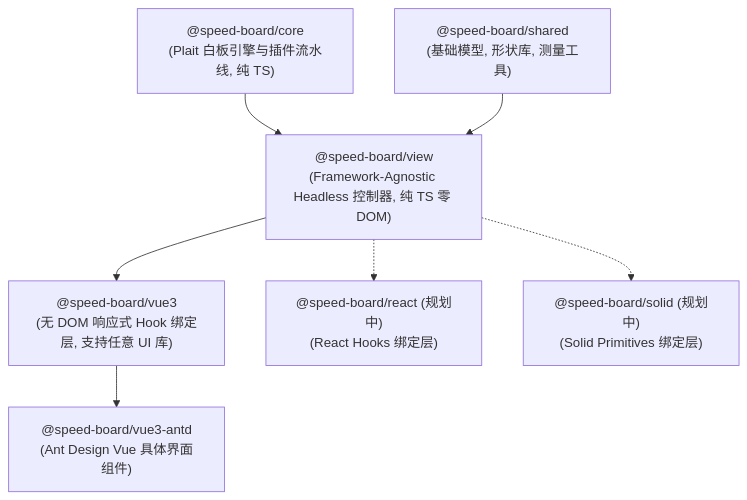
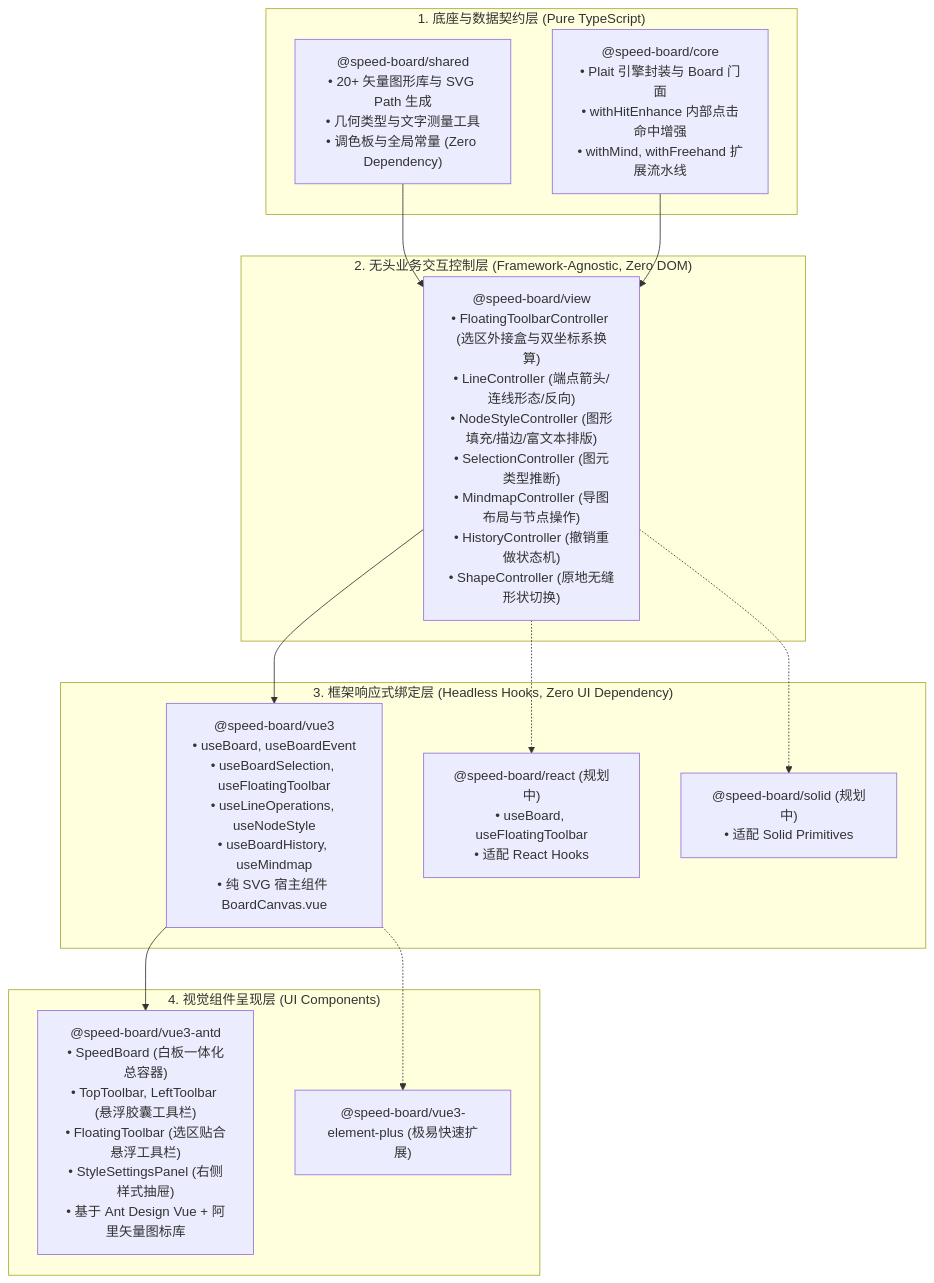
The diagram in README.md (whateveryoudo/speed-board), drawn with Mermaid before and after one commit. The commit also changed other lines of this file and 8 other files, not shown here.

Commit message:
docs: consolidate into single README with connection interaction core reasons, architecture diagram, and acknowledgments

````diff
--- a/README.md
+++ b/README.md
@@ -69,9 +86,30 @@
 ```mermaid
 graph TD
-    A["@speed-board/core<br/>(Plait 白板引擎与插件流水线, 纯 TS)"] --> C["@speed-board/view<br/>(Framework-Agnostic Headless 控制器, 纯 TS 零 DOM)"]
-    B["@speed-board/shared<br/>(基础模型, 形状库, 测量工具)"] --> C
-    C --> D1["@speed-board/vue3<br/>(无 DOM 响应式 Hook 绑定层, 支持任意 UI 库)"]
-    C -.-> D2["@speed-board/react (规划中)<br/>(React Hooks 绑定层)"]
-    C -.-> D3["@speed-board/solid (规划中)<br/>(Solid Primitives 绑定层)"]
-    D1 --> E1["@speed-board/vue3-antd<br/>(Ant Design Vue 具体界面组件)"]
+    subgraph CoreLayer ["1. 底座与数据契约层 (Pure TypeScript)"]
+        Shared["@speed-board/shared<br/>• 20+ 矢量图形库与 SVG Path 生成<br/>• 几何类型与文字测量工具<br/>• 调色板与全局常量 (Zero Dependency)"]
+        Core["@speed-board/core<br/>• Plait 引擎封装与 Board 门面<br/>• withHitEnhance 内部点击命中增强<br/>• withMind, withFreehand 扩展流水线"]
+    end
+
+    subgraph ControllerLayer ["2. 无头业务交互控制层 (Framework-Agnostic, Zero DOM)"]
+        View["@speed-board/view<br/>• FloatingToolbarController (选区外接盒与双坐标系换算)<br/>• LineController (端点箭头/连线形态/反向)<br/>• NodeStyleController (图形填充/描边/富文本排版)<br/>• SelectionController (图元类型推断)<br/>• MindmapController (导图布局与节点操作)<br/>• HistoryController (撤销重做状态机)<br/>• ShapeController (原地无缝形状切换)"]
+    end
+
+    subgraph FrameworkLayer ["3. 框架响应式绑定层 (Headless Hooks, Zero UI Dependency)"]
+        Vue3["@speed-board/vue3<br/>• useBoard, useBoardEvent<br/>• useBoardSelection, useFloatingToolbar<br/>• useLineOperations, useNodeStyle<br/>• useBoardHistory, useMindmap<br/>• 纯 SVG 宿主组件 BoardCanvas.vue"]
+        React["@speed-board/react (规划中)<br/>• useBoard, useFloatingToolbar<br/>• 适配 React Hooks"]
+        Solid["@speed-board/solid (规划中)<br/>• 适配 Solid Primitives"]
+    end
+
+    subgraph PresentationLayer ["4. 视觉组件呈现层 (UI Components)"]
+        Vue3Antd["@speed-board/vue3-antd<br/>• SpeedBoard (白板一体化总容器)<br/>• TopToolbar, LeftToolbar (悬浮胶囊工具栏)<br/>• FloatingToolbar (选区贴合悬浮工具栏)<br/>• StyleSettingsPanel (右侧样式抽屉)<br/>• 基于 Ant Design Vue + 阿里矢量图标库"]
+        ElementPlus["@speed-board/vue3-element-plus (极易快速扩展)"]
+    end
+
+    Shared --> View
+    Core --> View
+    View --> Vue3
+    View -.-> React
+    View -.-> Solid
+    Vue3 --> Vue3Antd
+    Vue3 -.-> ElementPlus
 ```
````
